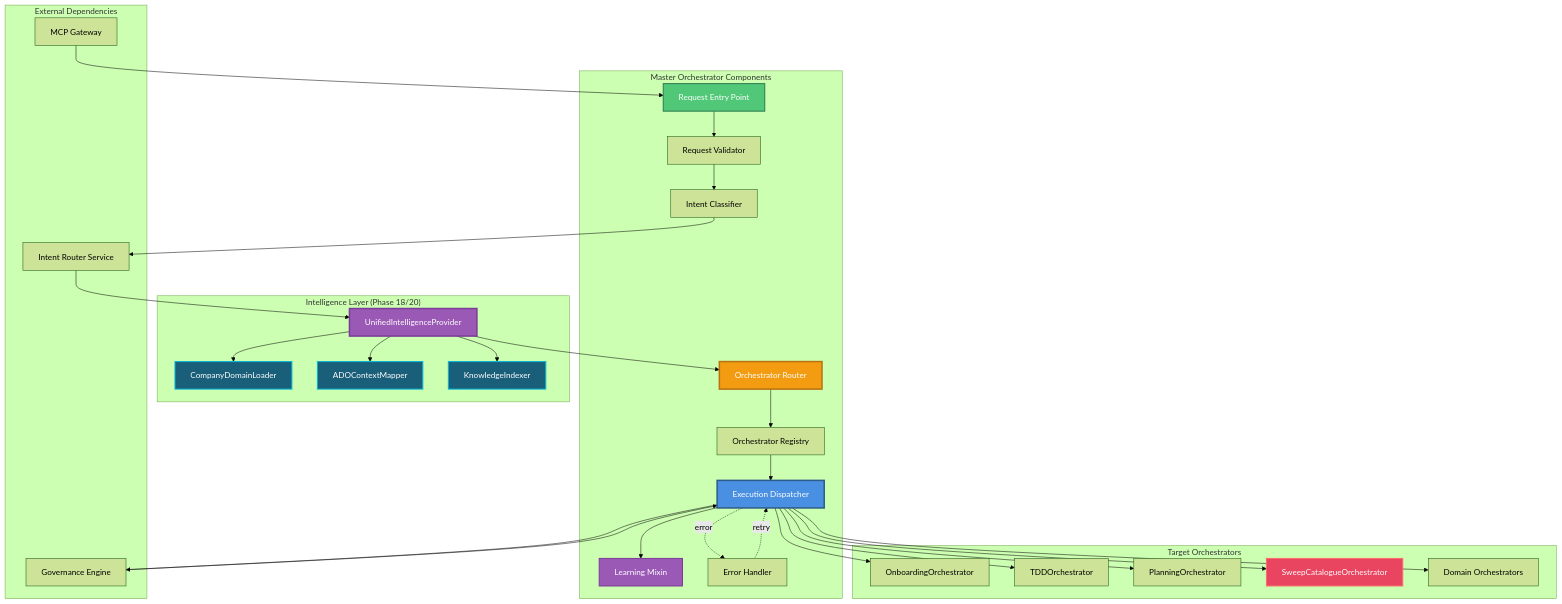
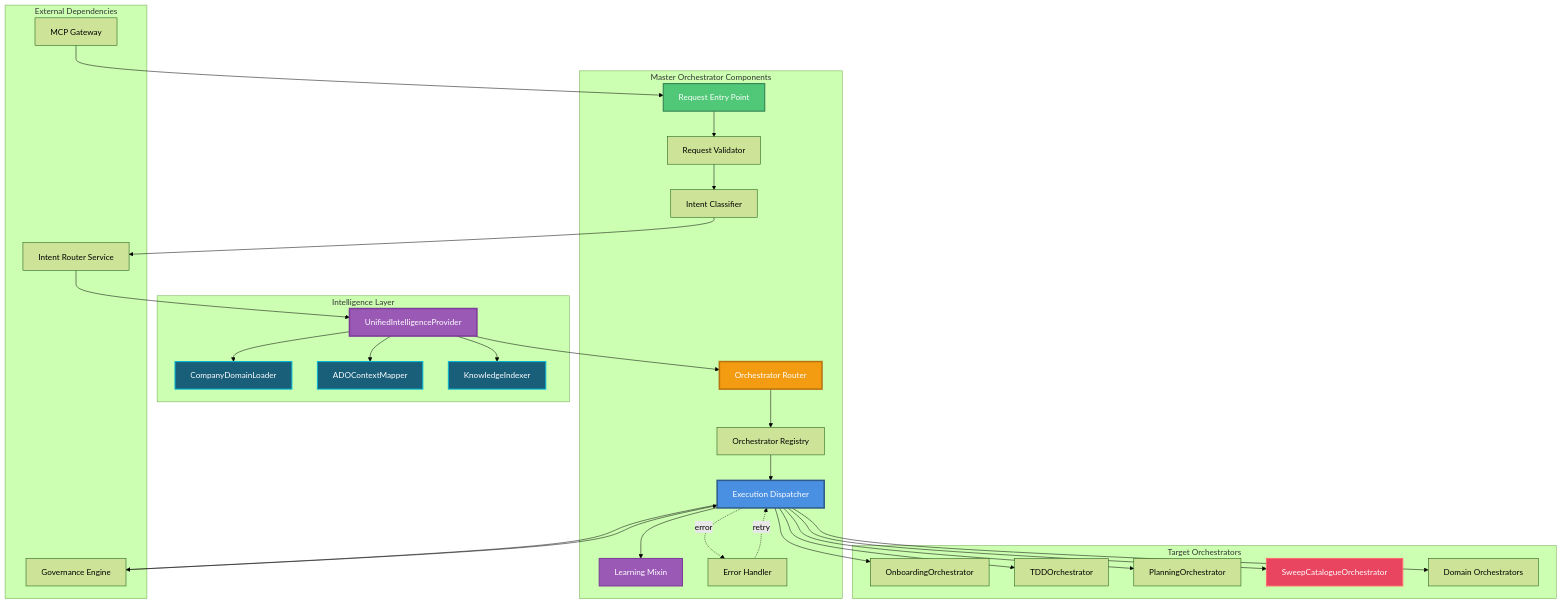
One commit to asifhussain60/CORTEX changed the diagram in cortex-docs/assets/diagrams/c4-component/c4-component-master-orchestrator.mmd. Above: the diagram before and after it, drawn with Mermaid (forest theme). The commit also changed other lines of this file and 108 other files, not shown here.

````diff
--- a/cortex-docs/assets/diagrams/c4-component/c4-component-master-orchestrator.mmd
+++ b/cortex-docs/assets/diagrams/c4-component/c4-component-master-orchestrator.mmd
@@ -17,66 +17,66 @@
 ```mermaid
 graph TB
     subgraph "Master Orchestrator Components"
         Entry[Request Entry Point]
         Validator[Request Validator]
         IntentClass[Intent Classifier]
         Router[Orchestrator Router]
         Registry[Orchestrator Registry]
         Dispatcher[Execution Dispatcher]
         LearningMixin[Learning Mixin]
         ErrorHandler[Error Handler]
     end
 
-    subgraph "Intelligence Layer (Phase 18/20)"
+    subgraph "Intelligence Layer"
         UIP[UnifiedIntelligenceProvider]
         CDL[CompanyDomainLoader]
         ADOCtx[ADOContextMapper]
         KGIdx[KnowledgeIndexer]
     end
 
     subgraph "External Dependencies"
         IntentRouter[Intent Router Service]
         GovEngine[Governance Engine]
         MCPGateway[MCP Gateway]
     end
 
     subgraph "Target Orchestrators"
         Onboard[OnboardingOrchestrator]
         TDD[TDDOrchestrator]
         Plan[PlanningOrchestrator]
         Sweep[SweepCatalogueOrchestrator]
         Domain[Domain Orchestrators]
     end
 
     Entry --> Validator
     Validator --> IntentClass
     IntentClass --> IntentRouter
     IntentRouter --> UIP
     UIP --> CDL
     UIP --> ADOCtx
     UIP --> KGIdx
     UIP --> Router
     Router --> Registry
     Registry --> Dispatcher
     Dispatcher --> GovEngine
     GovEngine --> Dispatcher
     Dispatcher --> Onboard
     Dispatcher --> TDD
     Dispatcher --> Plan
     Dispatcher --> Sweep
     Dispatcher --> Domain
     Dispatcher --> LearningMixin
     Dispatcher -.error.-> ErrorHandler
     ErrorHandler -.retry.-> Dispatcher
     MCPGateway --> Entry
 
     style Entry fill:#50C878,stroke:#2E7D4E,stroke-width:2px,color:#fff
     style Router fill:#F39C12,stroke:#B8730F,stroke-width:3px,color:#fff
     style Dispatcher fill:#4A90E2,stroke:#2E5C8A,stroke-width:3px,color:#fff
     style LearningMixin fill:#9B59B6,stroke:#7D3C98,stroke-width:2px,color:#fff
     style UIP fill:#9B59B6,stroke:#7D3C98,stroke-width:3px,color:#fff
     style CDL fill:#1a5f7a,stroke:#06b6d4,stroke-width:2px,color:#fff
     style ADOCtx fill:#1a5f7a,stroke:#06b6d4,stroke-width:2px,color:#fff
     style KGIdx fill:#1a5f7a,stroke:#06b6d4,stroke-width:2px,color:#fff
     style Sweep fill:#e94560,stroke:#ff6b6b,stroke-width:2px,color:#fff
 ```
````
